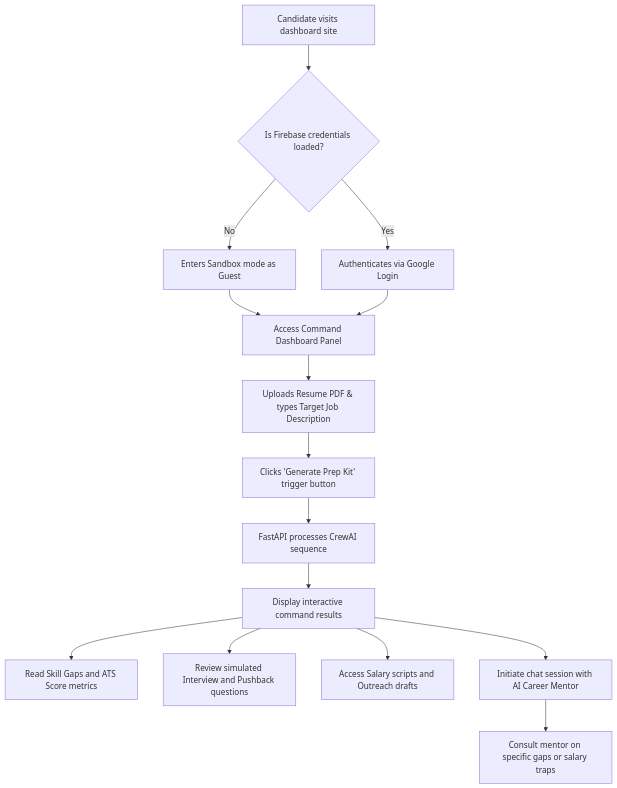
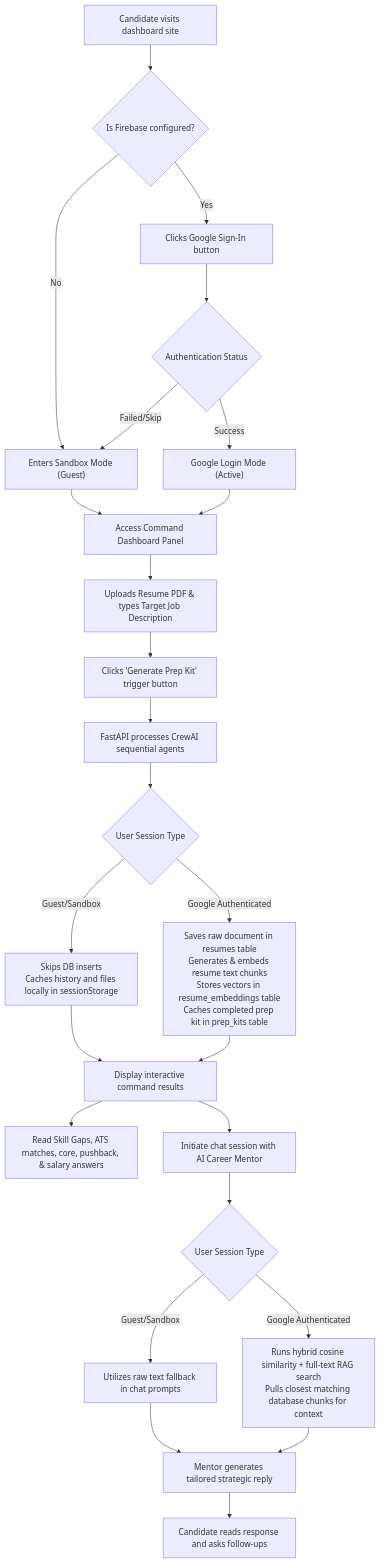
One commit to Deepak-DPK/career-command-center-backend changed the fourth of 4 diagrams in DIAGRAMS.md. Above: the diagram before and after it, drawn with Mermaid. The commit also changed other lines of this file, not shown here.

Commit message:
docs: detail Google Login database and RAG chat search features in user flow diagram

````diff
--- a/DIAGRAMS.md
+++ b/DIAGRAMS.md
@@ -130,25 +130,47 @@
 ```mermaid
 graph TD
-    A["Candidate visits dashboard site"] --> B{"Is Firebase credentials loaded?"}
+    A["Candidate visits dashboard site"] --> B{"Is Firebase configured?"}
     
-    %% Auth path selection
-    B -->|No| C["Enters Sandbox mode as Guest"]
-    B -->|Yes| D["Authenticates via Google Login"]
+    %% Authentication Layer
+    B -->|No| C["Enters Sandbox Mode (Guest)"]
+    B -->|Yes| D["Clicks Google Sign-In button"]
+    D --> E{"Authentication Status"}
+    E -->|Success| F["Google Login Mode (Active)"]
+    E -->|Failed/Skip| C
     
-    %% File input step
-    C --> E["Access Command Dashboard Panel"]
-    D --> E
-    E --> F["Uploads Resume PDF & types Target Job Description"]
-    F --> G["Clicks 'Generate Prep Kit' trigger button"]
-    G --> H["FastAPI processes CrewAI sequence"]
+    %% Access Dashboard
+    C --> G["Access Command Dashboard Panel"]
+    F --> G
     
-    %% Results viewing
-    H --> I["Display interactive command results"]
-    I --> J["Read Skill Gaps and ATS Score metrics"]
-    I --> K["Review simulated Interview and Pushback questions"]
-    I --> L["Access Salary scripts and Outreach drafts"]
+    %% Input Submission
+    G --> H["Uploads Resume PDF & types Target Job Description"]
+    H --> I["Clicks 'Generate Prep Kit' trigger button"]
+    I --> J["FastAPI processes CrewAI sequential agents"]
     
-    %% Interactive chat
-    I --> M["Initiate chat session with AI Career Mentor"]
-    M --> N["Consult mentor on specific gaps or salary traps"]
+    %% Data Persistence Flow
+    J --> K{"User Session Type"}
+    
+    %% Guest Route (Sandbox)
+    K -->|Guest/Sandbox| L["Skips DB inserts<br/>Caches history and files locally in sessionStorage"]
+    
+    %% Google Login Route (Extra Features)
+    K -->|Google Authenticated| M["Saves raw document in resumes table<br/>Generates & embeds resume text chunks<br/>Stores vectors in resume_embeddings table<br/>Caches completed prep kit in prep_kits table"]
+    
+    %% Results Presentation
+    L --> N["Display interactive command results"]
+    M --> N
+    
+    N --> O["Read Skill Gaps, ATS matches, core, pushback, & salary answers"]
+    
+    %% Chat Interactions
+    N --> P["Initiate chat session with AI Career Mentor"]
+    P --> Q{"User Session Type"}
+    
+    %% Chat RAG retrieval flow
+    Q -->|Guest/Sandbox| R["Utilizes raw text fallback in chat prompts"]
+    Q -->|Google Authenticated| S["Runs hybrid cosine similarity + full-text RAG search<br/>Pulls closest matching database chunks for context"]
+    
+    R --> T["Mentor generates tailored strategic reply"]
+    S --> T
+    T --> U["Candidate reads response and asks follow-ups"]
 ```
````
